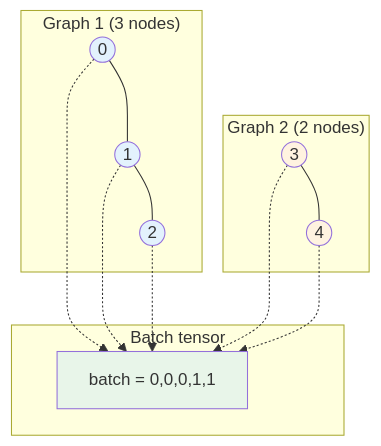
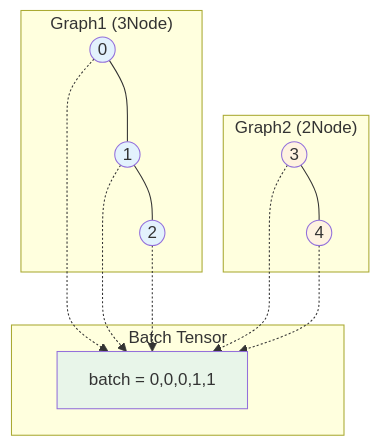
Before and after one commit to YusukeHashimotoLab/AI-Knowledge-Notes: the third of 3 diagrams in knowledge/en/ML/gnn-introduction/chapter3-message-passing.md, drawn with Mermaid. The commit also changed other lines of this file and 723 other files, not shown here.

````diff
--- a/knowledge/en/ML/gnn-introduction/chapter3-message-passing.md
+++ b/knowledge/en/ML/gnn-introduction/chapter3-message-passing.md
@@ -1184,28 +1115,28 @@
     ```mermaid
     graph TB
-        subgraph "Graph 1 (3 nodes)"
+        subgraph "Graph1 (3Node)"
             A1((0)) --- A2((1))
             A2 --- A3((2))
         end
     
-        subgraph "Graph 2 (2 nodes)"
+        subgraph "Graph2 (2Node)"
             B1((3)) --- B2((4))
         end
     
-        subgraph "Batch tensor"
+        subgraph "Batch Tensor"
             C[batch = 0,0,0,1,1]
         end
     
         A1 -.-> C
         A2 -.-> C
         A3 -.-> C
         B1 -.-> C
         B2 -.-> C
     
         style A1 fill:#e3f2fd
         style A2 fill:#e3f2fd
         style A3 fill:#e3f2fd
         style B1 fill:#fff3e0
         style B2 fill:#fff3e0
         style C fill:#e8f5e9
     ```
````
